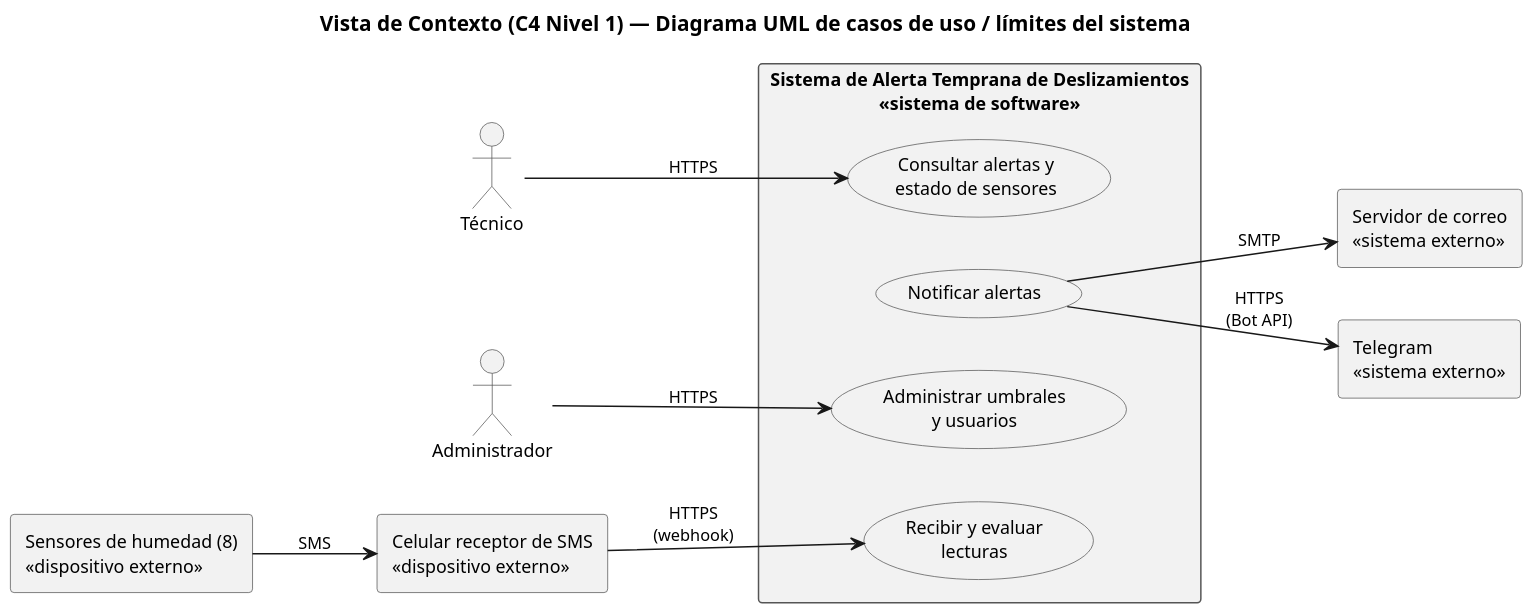
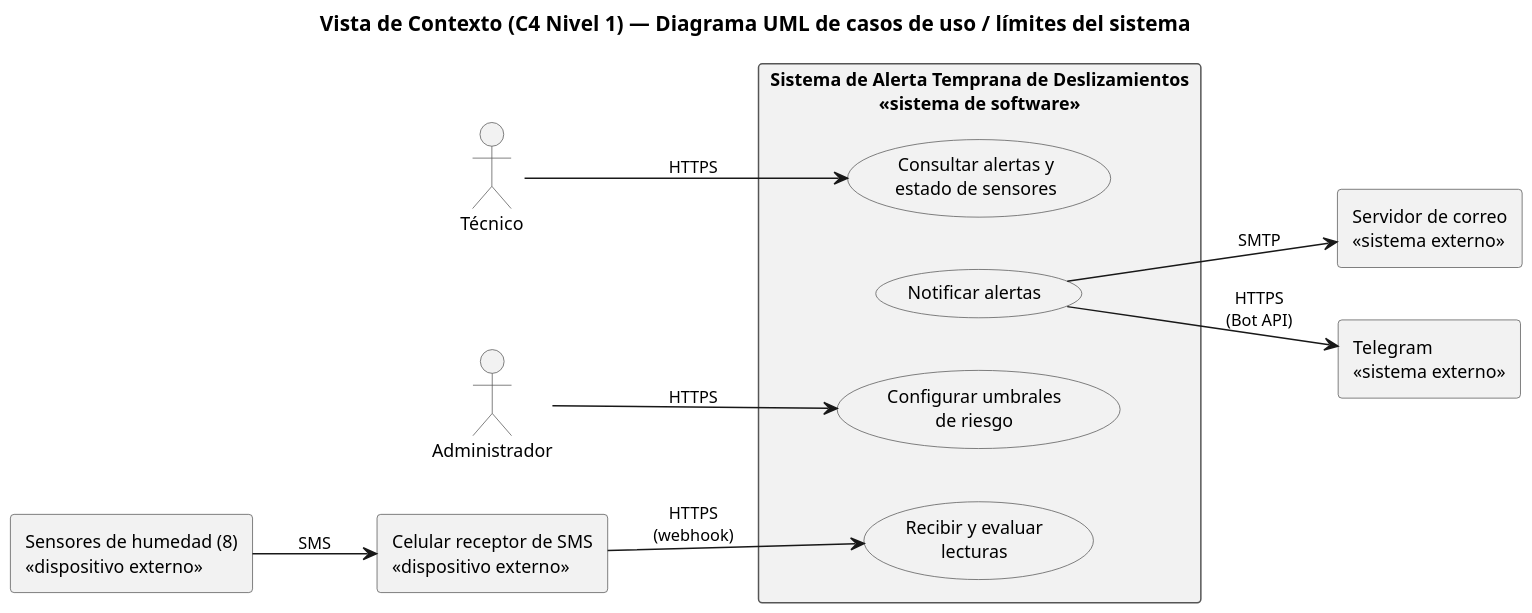
The diagram in docs/diagramas/c4-nivel1-contexto.puml (alejandro-acosta-dev/alerta-temprana-deslizamientos), drawn with PlantUML before and after one commit. The commit also changed 1 other file, not shown here.

```diff
--- a/docs/diagramas/c4-nivel1-contexto.puml
+++ b/docs/diagramas/c4-nivel1-contexto.puml
@@ -1,51 +1,51 @@
 @startuml c4-nivel1-contexto
 title Vista de Contexto (C4 Nivel 1) — Diagrama UML de casos de uso / límites del sistema
 
 left to right direction
 skinparam dpi 150
 skinparam shadowing false
 skinparam defaultFontName Arial
 skinparam defaultFontSize 12
 skinparam packageStyle rectangle
 skinparam ArrowFontSize 11
 skinparam rectangle {
   BackgroundColor #F2F2F2
   BorderColor #555555
 }
 skinparam usecase {
   BackgroundColor #F2F2F2
   BorderColor #555555
 }
 skinparam actor {
   BackgroundColor #F2F2F2
   BorderColor #555555
 }
 
 ' Actores humanos
 actor "Técnico" as tecnico
 actor "Administrador" as admin
 
 ' Dispositivos externos (hardware que el caso no permite cambiar)
 rectangle "Sensores de humedad (8)\n«dispositivo externo»" as sensores
 rectangle "Celular receptor de SMS\n«dispositivo externo»" as celular
 
 ' Sistemas externos
 rectangle "Servidor de correo\n«sistema externo»" as correo
 rectangle "Telegram\n«sistema externo»" as telegram
 
 ' Límite del sistema
 rectangle "Sistema de Alerta Temprana de Deslizamientos\n«sistema de software»" as sistema {
   usecase "Recibir y evaluar\nlecturas" as uc1
   usecase "Notificar alertas" as uc2
   usecase "Consultar alertas y\nestado de sensores" as uc3
-  usecase "Administrar umbrales\ny usuarios" as uc4
+  usecase "Configurar umbrales\nde riesgo" as uc4
 }
 
 sensores --> celular : SMS
 celular --> uc1 : HTTPS\n(webhook)
 tecnico --> uc3 : HTTPS
 admin --> uc4 : HTTPS
 uc2 --> correo : SMTP
 uc2 --> telegram : HTTPS\n(Bot API)
 
 @enduml
```
